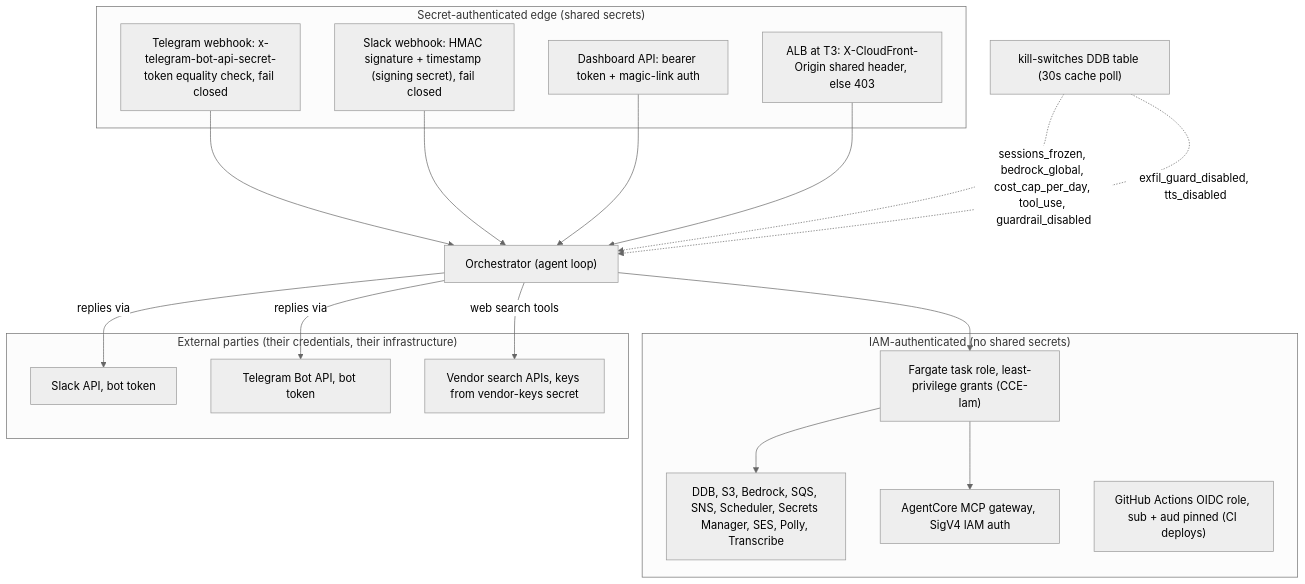
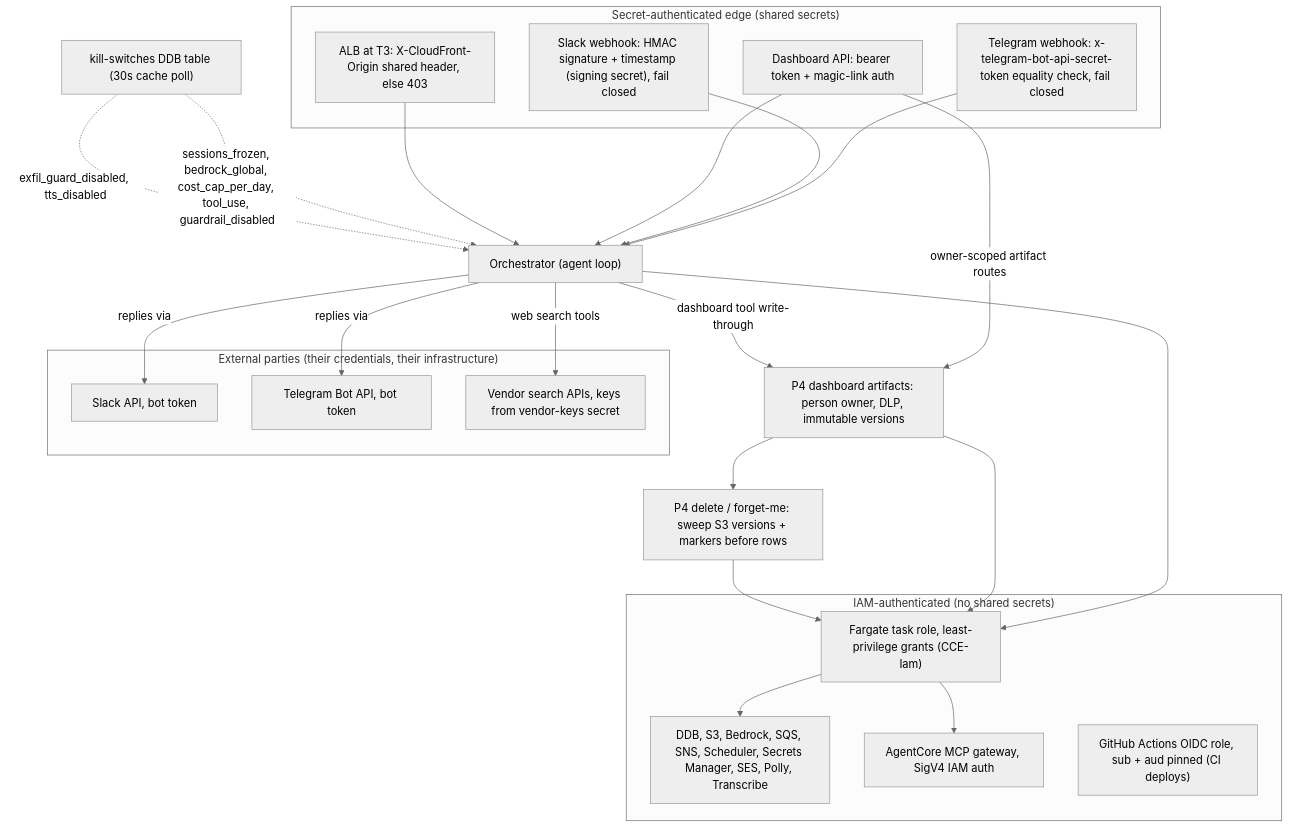
One commit to Adams-Captial-Holdings-Ltd/Netzer-Labs changed the diagram in docs/diagrams/architecture-security.md. Above: the diagram before and after it, drawn with Mermaid (neutral theme). The commit also changed other lines of this file and 1 other file, not shown here.

Commit message:
Map P4 artifact trust and lifecycle paths

````diff
--- a/docs/diagrams/architecture-security.md
+++ b/docs/diagrams/architecture-security.md
@@ -19,38 +20,45 @@
 ```mermaid
 flowchart TD
   subgraph secretauth["Secret-authenticated edge (shared secrets)"]
     TGCHECK["Telegram webhook: x-telegram-bot-api-secret-token equality check, fail closed"]
     SLACKCHECK["Slack webhook: HMAC signature + timestamp (signing secret), fail closed"]
     DASHCHECK["Dashboard API: bearer token + magic-link auth"]
     CFCHECK["ALB at T3: X-CloudFront-Origin shared header, else 403"]
   end
 
   subgraph iamauth["IAM-authenticated (no shared secrets)"]
     TASKROLE["Fargate task role, least-privilege grants (CCE-Iam)"]
     AWSSVCS["DDB, S3, Bedrock, SQS, SNS, Scheduler, Secrets Manager, SES, Polly, Transcribe"]
     MCPGW["AgentCore MCP gateway, SigV4 IAM auth"]
     OIDC["GitHub Actions OIDC role, sub + aud pinned (CI deploys)"]
     TASKROLE --> AWSSVCS
     TASKROLE --> MCPGW
   end
 
   subgraph externals["External parties (their credentials, their infrastructure)"]
     SLACKAPI["Slack API, bot token"]
     TGAPI["Telegram Bot API, bot token"]
     VENDORS["Vendor search APIs, keys from vendor-keys secret"]
   end
 
   ORCH["Orchestrator (agent loop)"]
+  ARTIFACT["P4 dashboard artifacts: person owner, DLP, immutable versions"]
+  ERASE["P4 delete / forget-me: sweep S3 versions + markers before rows"]
   TGCHECK --> ORCH
   SLACKCHECK --> ORCH
   DASHCHECK --> ORCH
   CFCHECK --> ORCH
   ORCH --> TASKROLE
+  DASHCHECK -->|"owner-scoped artifact routes"| ARTIFACT
+  ORCH -->|"dashboard tool write-through"| ARTIFACT
+  ARTIFACT --> TASKROLE
+  ARTIFACT --> ERASE
+  ERASE --> TASKROLE
   ORCH -->|"replies via"| SLACKAPI
   ORCH -->|"replies via"| TGAPI
   ORCH -->|"web search tools"| VENDORS
 
   KILLS["kill-switches DDB table (30s cache poll)"]
   KILLS -.->|"sessions_frozen, bedrock_global, cost_cap_per_day, tool_use, guardrail_disabled"| ORCH
   KILLS -.->|"exfil_guard_disabled, tts_disabled"| ORCH
 ```
````
